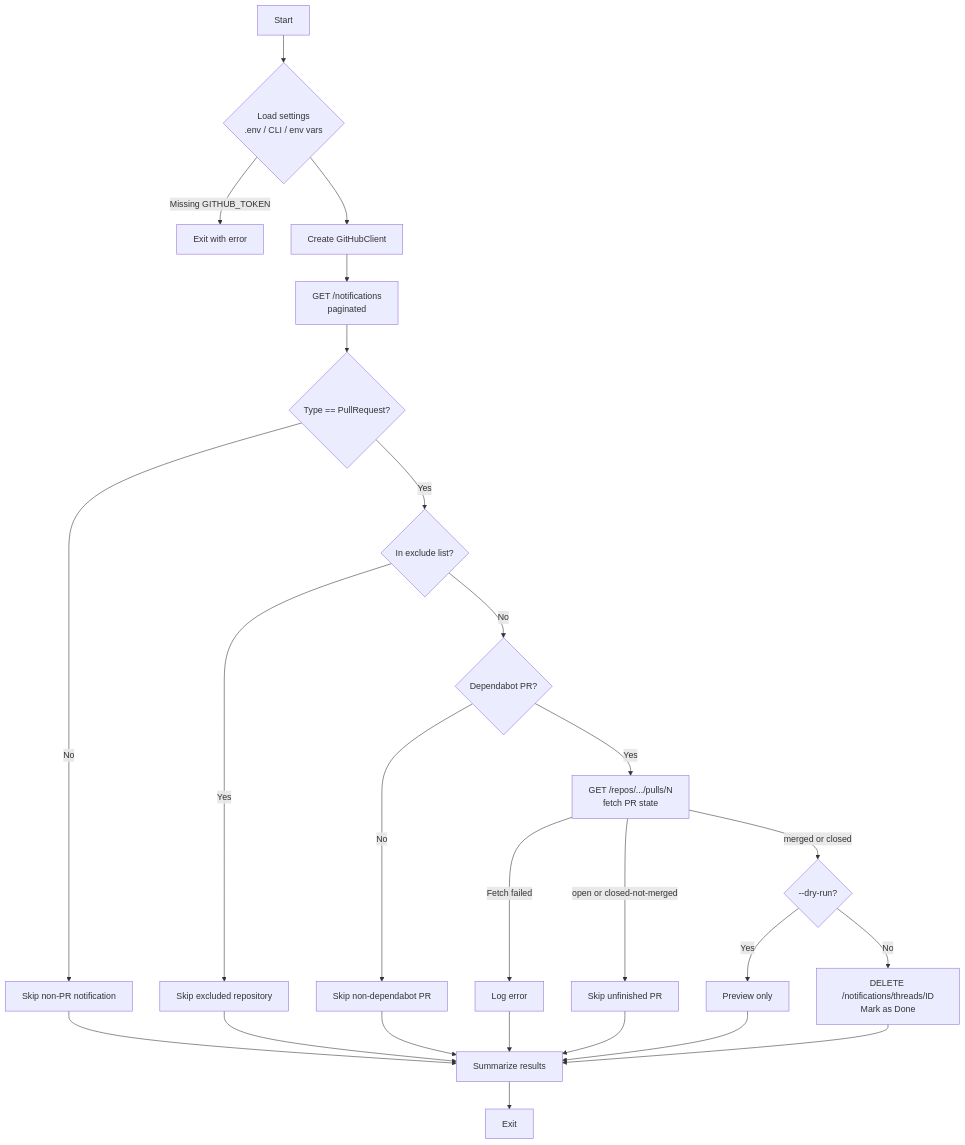
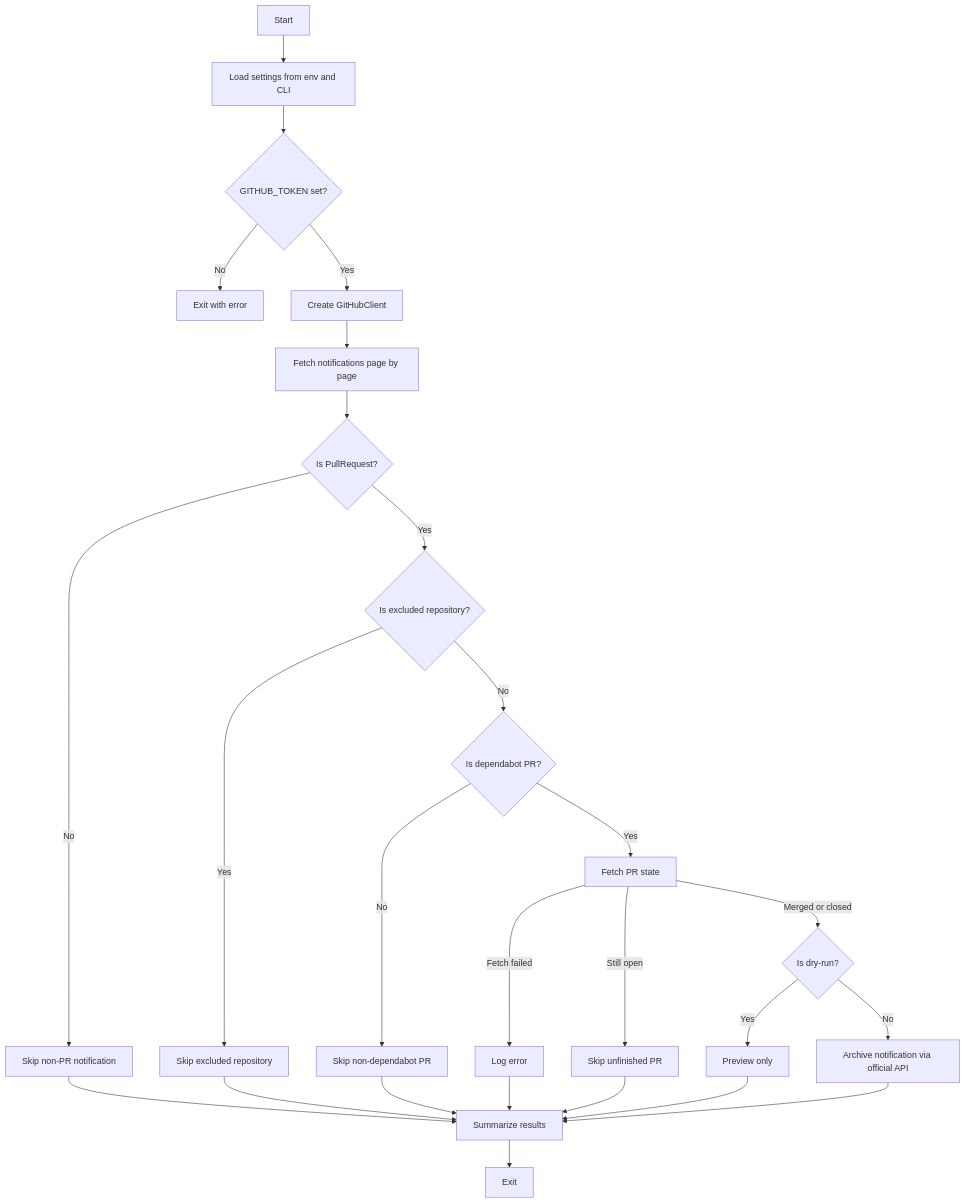
One commit to XenoAmess/github-notification-auto-done-skill changed the diagram in README.md. Above: the diagram before and after it, drawn with Mermaid.

Commit message:
docs: simplify mermaid flowchart to avoid special characters

````diff
--- a/README.md
+++ b/README.md
@@ -32,27 +32,28 @@
 ```mermaid
 flowchart TD
-    A[Start] --> B{Load settings<br/>.env / CLI / env vars}
-    B -->|Missing GITHUB_TOKEN| C[Exit with error]
-    B --> D[Create GitHubClient]
-    D --> E[GET /notifications<br/>paginated]
-    E --> F{Type == PullRequest?}
-    F -->|No| G1[Skip non-PR notification]
-    F -->|Yes| H{In exclude list?}
-    H -->|Yes| I[Skip excluded repository]
-    H -->|No| J{Dependabot PR?}
-    J -->|No| G2[Skip non-dependabot PR]
-    J -->|Yes| K[GET /repos/.../pulls/N<br/>fetch PR state]
-    K -->|Fetch failed| L[Log error]
-    K -->|open or closed-not-merged| M[Skip unfinished PR]
-    K -->|merged or closed| N{--dry-run?}
-    N -->|Yes| O[Preview only]
-    N -->|No| P[DELETE /notifications/threads/ID<br/>Mark as Done]
-    G1 --> R[Summarize results]
-    G2 --> R
-    I --> R
-    L --> R
-    M --> R
-    O --> R
-    P --> R
-    R --> S[Exit]
+    A[Start] --> B[Load settings from env and CLI]
+    B --> C{GITHUB_TOKEN set?}
+    C -->|No| D[Exit with error]
+    C -->|Yes| E[Create GitHubClient]
+    E --> F[Fetch notifications page by page]
+    F --> G{Is PullRequest?}
+    G -->|No| H[Skip non-PR notification]
+    G -->|Yes| I{Is excluded repository?}
+    I -->|Yes| J[Skip excluded repository]
+    I -->|No| K{Is dependabot PR?}
+    K -->|No| L[Skip non-dependabot PR]
+    K -->|Yes| M[Fetch PR state]
+    M -->|Fetch failed| N[Log error]
+    M -->|Still open| O[Skip unfinished PR]
+    M -->|Merged or closed| P{Is dry-run?}
+    P -->|Yes| Q[Preview only]
+    P -->|No| R[Archive notification via official API]
+    H --> S[Summarize results]
+    J --> S
+    L --> S
+    N --> S
+    O --> S
+    Q --> S
+    R --> S
+    S --> T[Exit]
 ```
````
